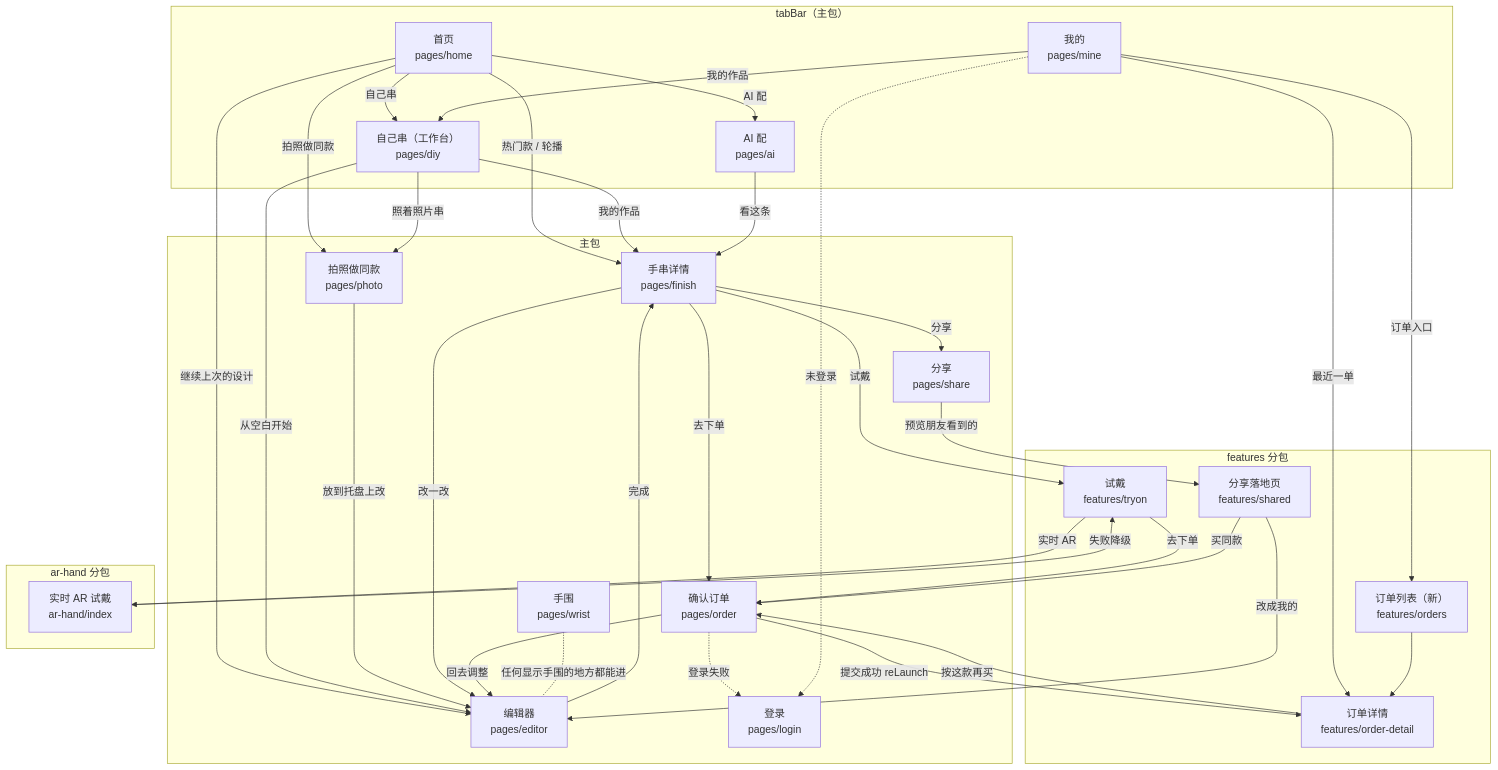
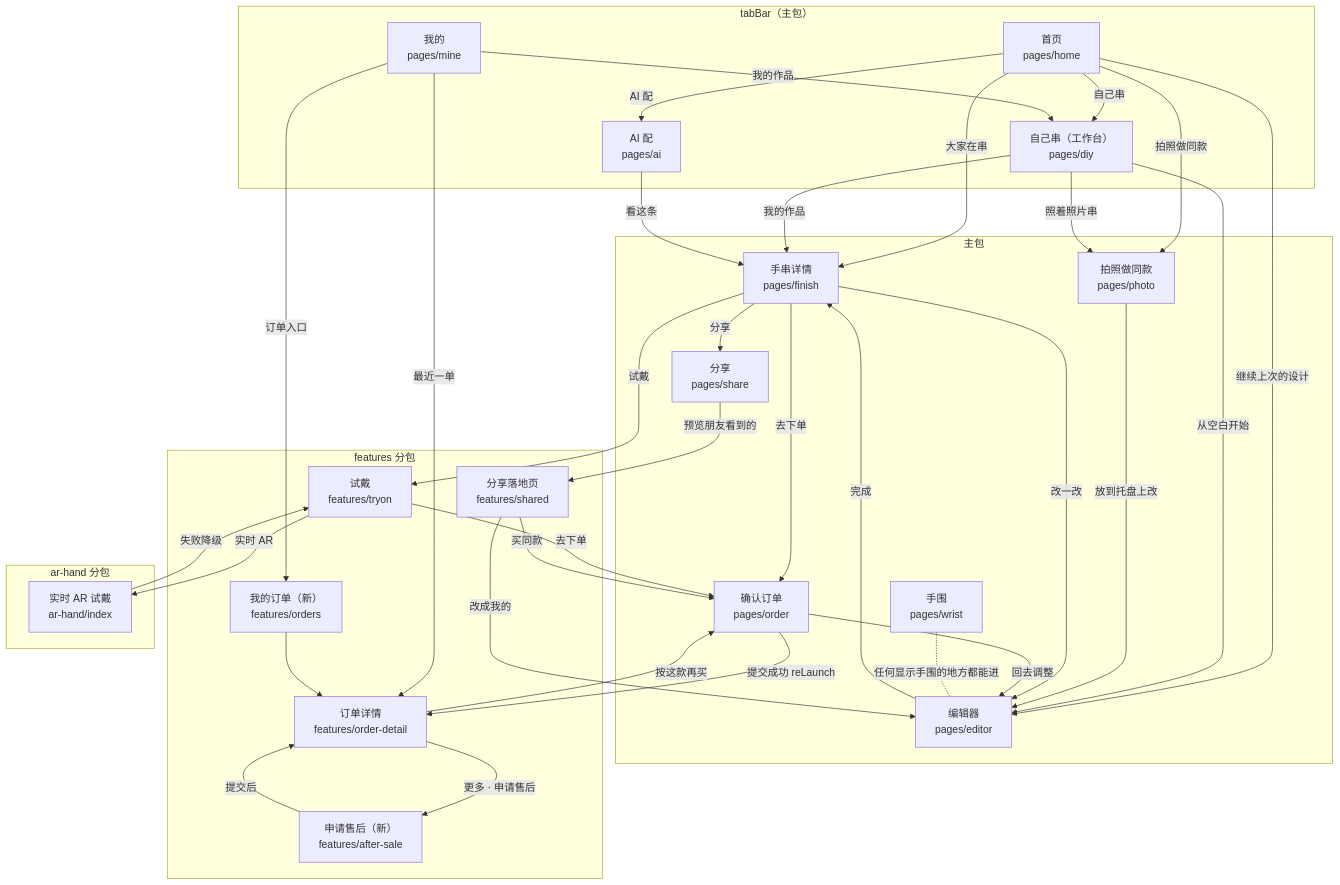
Before and after one commit to gachiqachi-netizen/-: the diagram in docs/design/01-information-architecture.md, drawn with Mermaid. The commit also changed other lines of this file and 5 other files, not shown here.

````diff
--- a/docs/design/01-information-architecture.md
+++ b/docs/design/01-information-architecture.md
@@ -85,62 +86,62 @@
 ```mermaid
 flowchart TB
   subgraph TAB["tabBar（主包）"]
     HOME["首页<br/>pages/home"]
     DIY["自己串（工作台）<br/>pages/diy"]
     AI["AI 配<br/>pages/ai"]
     MINE["我的<br/>pages/mine"]
   end
 
   subgraph MAIN["主包"]
     EDITOR["编辑器<br/>pages/editor"]
     DETAIL["手串详情<br/>pages/finish"]
     ORDER["确认订单<br/>pages/order"]
     PHOTO["拍照做同款<br/>pages/photo"]
     WRIST["手围<br/>pages/wrist"]
     SHARE["分享<br/>pages/share"]
-    LOGIN["登录<br/>pages/login"]
   end
 
   subgraph FEAT["features 分包"]
     TRYON["试戴<br/>features/tryon"]
     SHARED["分享落地页<br/>features/shared"]
-    ORDERS["订单列表（新）<br/>features/orders"]
+    ORDERS["我的订单（新）<br/>features/orders"]
+    AFTER["申请售后（新）<br/>features/after-sale"]
     ODETAIL["订单详情<br/>features/order-detail"]
   end
 
   subgraph ARPKG["ar-hand 分包"]
     AR["实时 AR 试戴<br/>ar-hand/index"]
   end
 
-  HOME -- 热门款 / 轮播 --> DETAIL
+  HOME -- 大家在串 --> DETAIL
   HOME -- 继续上次的设计 --> EDITOR
   HOME -- 自己串 --> DIY
   HOME -- AI 配 --> AI
   HOME -- 拍照做同款 --> PHOTO
   DIY -- 从空白开始 --> EDITOR
   DIY -- 照着照片串 --> PHOTO
   DIY -- 我的作品 --> DETAIL
   AI -- 看这条 --> DETAIL
   PHOTO -- 放到托盘上改 --> EDITOR
   EDITOR -- 完成 --> DETAIL
   DETAIL -- 改一改 --> EDITOR
   DETAIL -- 试戴 --> TRYON
   DETAIL -- 分享 --> SHARE
   DETAIL -- 去下单 --> ORDER
   TRYON -- 实时 AR --> AR
   AR -- 失败降级 --> TRYON
   TRYON -- 去下单 --> ORDER
   SHARE -- 预览朋友看到的 --> SHARED
   SHARED -- 改成我的 --> EDITOR
   SHARED -- 买同款 --> ORDER
   ORDER -- 提交成功 reLaunch --> ODETAIL
   ORDER -- 回去调整 --> EDITOR
-  ORDER -. 登录失败 .-> LOGIN
   MINE -- 订单入口 --> ORDERS
   MINE -- 最近一单 --> ODETAIL
   MINE -- 我的作品 --> DIY
-  MINE -. 未登录 .-> LOGIN
   ORDERS --> ODETAIL
   ODETAIL -- 按这款再买 --> ORDER
+  ODETAIL -- 更多 · 申请售后 --> AFTER
+  AFTER -- 提交后 --> ODETAIL
   WRIST -. 任何显示手围的地方都能进 .- EDITOR
 ```
````
